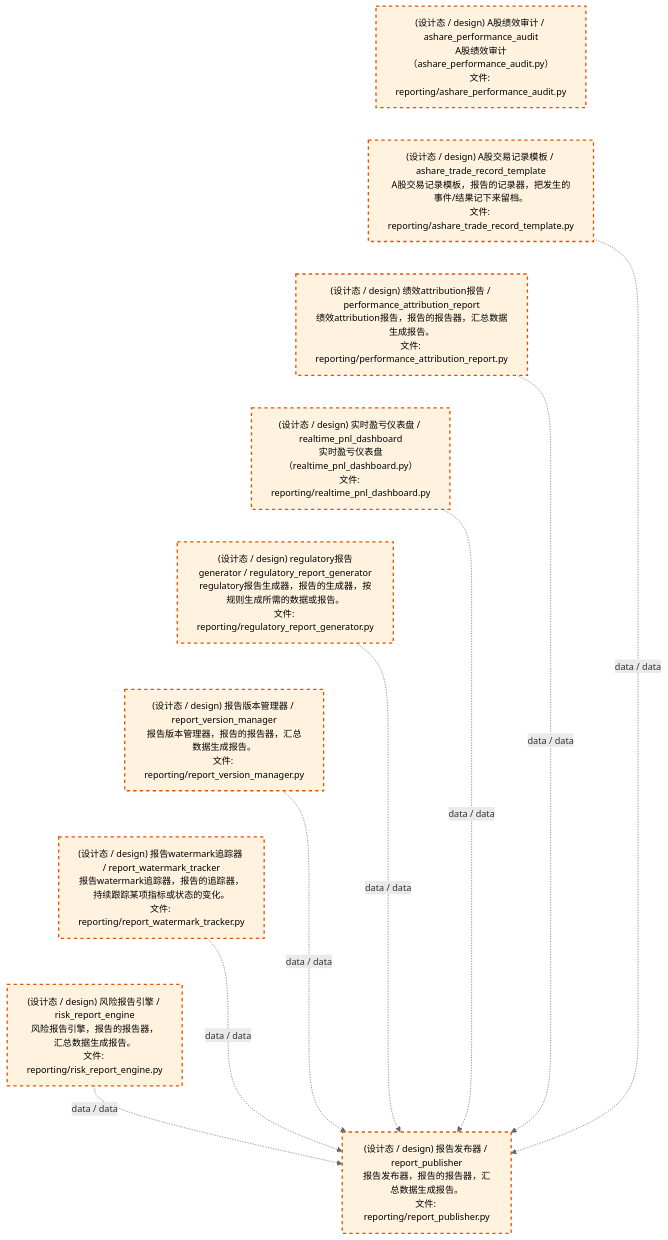
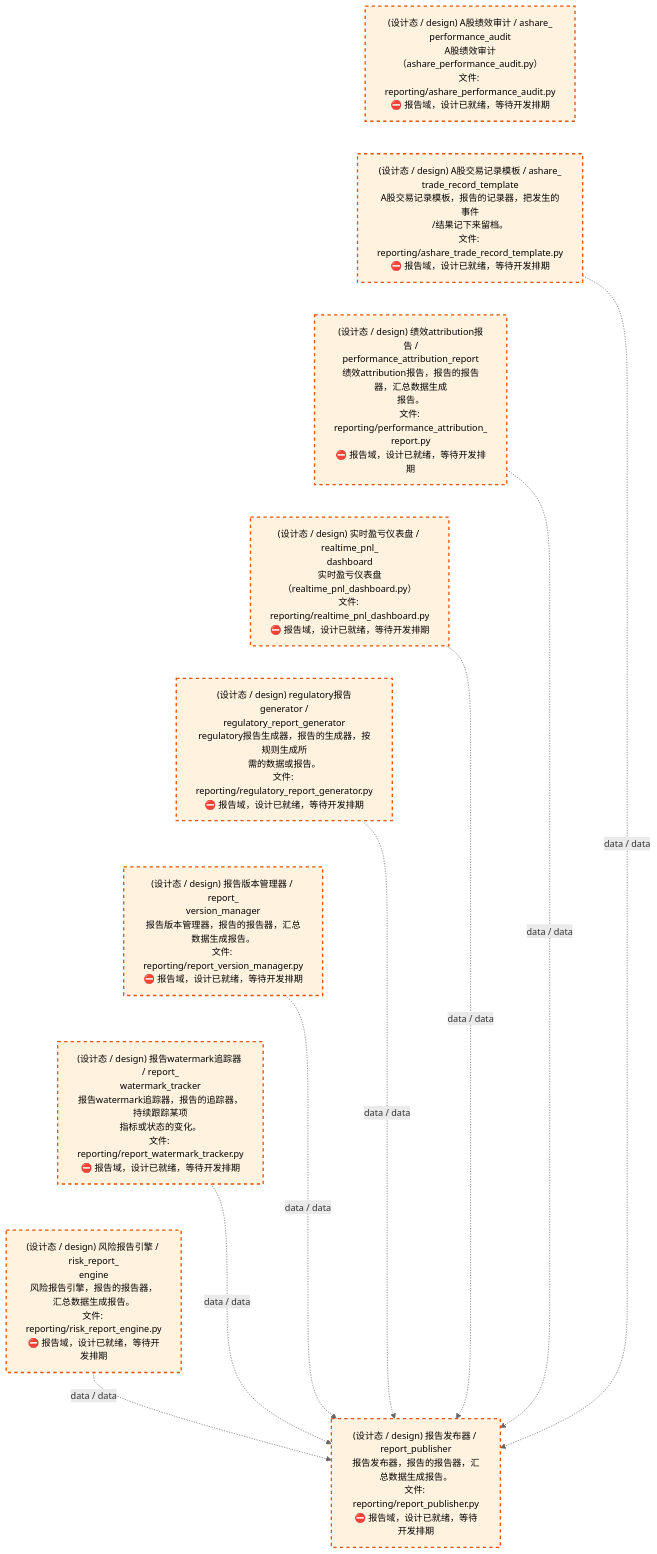
Before and after one commit to xuanFelixVan/ZephyrAlpha: the third of 4 diagrams in docs/02_enterprise_architecture/02_domain_architecture_docs/26_d_reporting.md, drawn with Mermaid. The commit also changed other lines of this file and 61 other files, not shown here.

````diff
--- a/docs/02_enterprise_architecture/02_domain_architecture_docs/26_d_reporting.md
+++ b/docs/02_enterprise_architecture/02_domain_architecture_docs/26_d_reporting.md
@@ -137,32 +137,32 @@
 ```mermaid
 %%{init: {'theme': 'base', 'themeVariables': {'primaryColor': '#eaeaea', 'primaryTextColor': '#333333', 'primaryBorderColor': '#666666', 'lineColor': '#666666', 'secondaryColor': '#eaeaea', 'tertiaryColor': '#eaeaea', 'fontSize': '14px'}}}%%
 flowchart TD
-    src_zephyr_reporting_ashare_performance_audit_py["(设计态 / design) A股绩效审计 / ashare_performance_audit<br/>A股绩效审计（ashare_performance_audit.py）<br/>文件: reporting/ashare_performance_audit.py"]
-    src_zephyr_reporting_ashare_trade_record_template_py["(设计态 / design) A股交易记录模板 / ashare_trade_record_template<br/>A股交易记录模板，报告的记录器，把发生的事件/结果记下来留档。<br/>文件: reporting/ashare_trade_record_template.py"]
-    src_zephyr_reporting_performance_attribution_report_py["(设计态 / design) 绩效attribution报告 / performance_attribution_report<br/>绩效attribution报告，报告的报告器，汇总数据生成报告。<br/>文件: reporting/performance_attribution_report.py"]
-    src_zephyr_reporting_realtime_pnl_dashboard_py["(设计态 / design) 实时盈亏仪表盘 / realtime_pnl_dashboard<br/>实时盈亏仪表盘（realtime_pnl_dashboard.py）<br/>文件: reporting/realtime_pnl_dashboard.py"]
-    src_zephyr_reporting_regulatory_report_generator_py["(设计态 / design) regulatory报告generator / regulatory_report_generator<br/>regulatory报告生成器，报告的生成器，按规则生成所需的数据或报告。<br/>文件: reporting/regulatory_report_generator.py"]
-    src_zephyr_reporting_report_version_manager_py["(设计态 / design) 报告版本管理器 / report_version_manager<br/>报告版本管理器，报告的报告器，汇总数据生成报告。<br/>文件: reporting/report_version_manager.py"]
-    src_zephyr_reporting_report_watermark_tracker_py["(设计态 / design) 报告watermark追踪器 / report_watermark_tracker<br/>报告watermark追踪器，报告的追踪器，持续跟踪某项指标或状态的变化。<br/>文件: reporting/report_watermark_tracker.py"]
-    src_zephyr_reporting_risk_report_engine_py["(设计态 / design) 风险报告引擎 / risk_report_engine<br/>风险报告引擎，报告的报告器，汇总数据生成报告。<br/>文件: reporting/risk_report_engine.py"]
+    src_zephyr_reporting_ashare_performance_audit_py["(设计态 / design) A股绩效审计 / ashare_<br/>performance_audit<br/>A股绩效审计（ashare_performance_audit.py）<br/>文件: reporting/ashare_performance_audit.py<br/>⛔ 报告域，设计已就绪，等待开发排期"]
+    src_zephyr_reporting_ashare_trade_record_template_py["(设计态 / design) A股交易记录模板 / ashare_<br/>trade_record_template<br/>A股交易记录模板，报告的记录器，把发生的事件<br/>/结果记下来留档。<br/>文件: reporting/ashare_trade_record_template.py<br/>⛔ 报告域，设计已就绪，等待开发排期"]
+    src_zephyr_reporting_performance_attribution_report_py["(设计态 / design) 绩效attribution报告 /<br/>performance_attribution_report<br/>绩效attribution报告，报告的报告器，汇总数据生成<br/>报告。<br/>文件: reporting/performance_attribution_<br/>report.py<br/>⛔ 报告域，设计已就绪，等待开发排期"]
+    src_zephyr_reporting_realtime_pnl_dashboard_py["(设计态 / design) 实时盈亏仪表盘 / realtime_pnl_<br/>dashboard<br/>实时盈亏仪表盘（realtime_pnl_dashboard.py）<br/>文件: reporting/realtime_pnl_dashboard.py<br/>⛔ 报告域，设计已就绪，等待开发排期"]
+    src_zephyr_reporting_regulatory_report_generator_py["(设计态 / design) regulatory报告generator /<br/>regulatory_report_generator<br/>regulatory报告生成器，报告的生成器，按规则生成所<br/>需的数据或报告。<br/>文件: reporting/regulatory_report_generator.py<br/>⛔ 报告域，设计已就绪，等待开发排期"]
+    src_zephyr_reporting_report_version_manager_py["(设计态 / design) 报告版本管理器 / report_<br/>version_manager<br/>报告版本管理器，报告的报告器，汇总数据生成报告。<br/>文件: reporting/report_version_manager.py<br/>⛔ 报告域，设计已就绪，等待开发排期"]
+    src_zephyr_reporting_report_watermark_tracker_py["(设计态 / design) 报告watermark追踪器 / report_<br/>watermark_tracker<br/>报告watermark追踪器，报告的追踪器，持续跟踪某项<br/>指标或状态的变化。<br/>文件: reporting/report_watermark_tracker.py<br/>⛔ 报告域，设计已就绪，等待开发排期"]
+    src_zephyr_reporting_risk_report_engine_py["(设计态 / design) 风险报告引擎 / risk_report_<br/>engine<br/>风险报告引擎，报告的报告器，汇总数据生成报告。<br/>文件: reporting/risk_report_engine.py<br/>⛔ 报告域，设计已就绪，等待开发排期"]
     src_zephyr_reporting_ashare_performance_audit_py ~~~ src_zephyr_reporting_ashare_trade_record_template_py
     src_zephyr_reporting_ashare_trade_record_template_py ~~~ src_zephyr_reporting_performance_attribution_report_py
     src_zephyr_reporting_performance_attribution_report_py ~~~ src_zephyr_reporting_realtime_pnl_dashboard_py
     src_zephyr_reporting_realtime_pnl_dashboard_py ~~~ src_zephyr_reporting_regulatory_report_generator_py
     src_zephyr_reporting_regulatory_report_generator_py ~~~ src_zephyr_reporting_report_version_manager_py
     src_zephyr_reporting_report_version_manager_py ~~~ src_zephyr_reporting_report_watermark_tracker_py
     src_zephyr_reporting_report_watermark_tracker_py ~~~ src_zephyr_reporting_risk_report_engine_py
-    src_zephyr_reporting_report_publisher_py["(设计态 / design) 报告发布器 / report_publisher<br/>报告发布器，报告的报告器，汇总数据生成报告。<br/>文件: reporting/report_publisher.py"]
+    src_zephyr_reporting_report_publisher_py["(设计态 / design) 报告发布器 / report_publisher<br/>报告发布器，报告的报告器，汇总数据生成报告。<br/>文件: reporting/report_publisher.py<br/>⛔ 报告域，设计已就绪，等待开发排期"]
     src_zephyr_reporting_ashare_trade_record_template_py -.->|data / data| src_zephyr_reporting_report_publisher_py
     src_zephyr_reporting_realtime_pnl_dashboard_py -.->|data / data| src_zephyr_reporting_report_publisher_py
     src_zephyr_reporting_regulatory_report_generator_py -.->|data / data| src_zephyr_reporting_report_publisher_py
     src_zephyr_reporting_risk_report_engine_py -.->|data / data| src_zephyr_reporting_report_publisher_py
     src_zephyr_reporting_report_version_manager_py -.->|data / data| src_zephyr_reporting_report_publisher_py
     src_zephyr_reporting_performance_attribution_report_py -.->|data / data| src_zephyr_reporting_report_publisher_py
     src_zephyr_reporting_report_watermark_tracker_py -.->|data / data| src_zephyr_reporting_report_publisher_py
     classDef production fill:#e1f5fe,stroke:#01579b,stroke-width:2px,color:#000
     classDef design fill:#fff3e0,stroke:#e65100,stroke-width:2px,color:#000,stroke-dasharray: 5 5
     classDef external_prod fill:#e8f4fd,stroke:#0277bd,stroke-width:1px,color:#000
     classDef external_design fill:#fff8e7,stroke:#ef6c00,stroke-width:1px,color:#000,stroke-dasharray: 5 5
     class src_zephyr_reporting_ashare_performance_audit_py,src_zephyr_reporting_ashare_trade_record_template_py,src_zephyr_reporting_performance_attribution_report_py,src_zephyr_reporting_realtime_pnl_dashboard_py,src_zephyr_reporting_regulatory_report_generator_py,src_zephyr_reporting_report_publisher_py,src_zephyr_reporting_report_version_manager_py,src_zephyr_reporting_report_watermark_tracker_py,src_zephyr_reporting_risk_report_engine_py design
 ```
````
